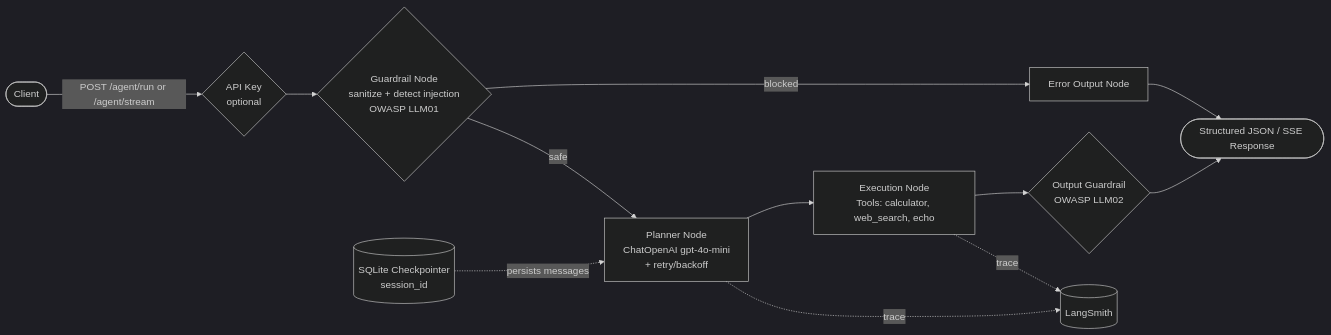
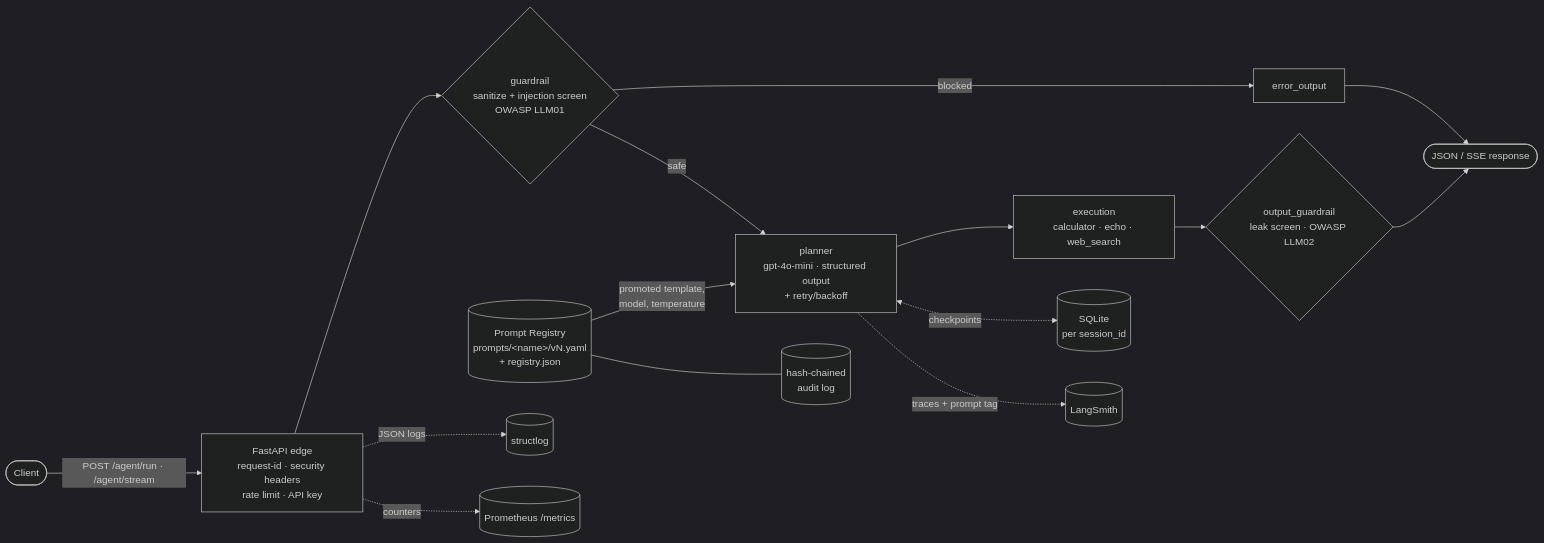
One commit to kanderson-ai-dev/agentic-api changed the diagram in README.md. Above: the diagram before and after it, drawn with Mermaid (dark theme). The commit also changed other lines of this file and 3 other files, not shown here.

Commit message:
docs: replace README hero with architecture diagram and document prompt registry

````diff
--- a/README.md
+++ b/README.md
@@ -100,15 +17,18 @@
 ```mermaid
 flowchart LR
-    Client([Client]) -->|POST /agent/run or /agent/stream| Auth{API Key<br/>optional}
-    Auth --> Guardrail{Guardrail Node<br/>sanitize + detect injection<br/>OWASP LLM01}
-    Guardrail -- blocked --> ErrorOutput[Error Output Node]
-    Guardrail -- safe --> Planner[Planner Node<br/>ChatOpenAI gpt-4o-mini<br/>+ retry/backoff]
-    Planner --> Execution[Execution Node<br/>Tools: calculator, web_search, echo]
-    Execution --> OutputGuardrail{Output Guardrail<br/>OWASP LLM02}
-    OutputGuardrail --> Response([Structured JSON / SSE Response])
-    ErrorOutput --> Response
+    Client([Client]) -->|"POST /agent/run · /agent/stream"| Edge[FastAPI edge<br/>request-id · security headers<br/>rate limit · API key]
+    Edge --> Guardrail{guardrail<br/>sanitize + injection screen<br/>OWASP LLM01}
+    Guardrail -->|blocked| ErrorOut[error_output]
+    Guardrail -->|safe| Planner[planner<br/>gpt-4o-mini · structured output<br/>+ retry/backoff]
+    Planner --> Execution[execution<br/>calculator · echo · web_search]
+    Execution --> OutGuard{output_guardrail<br/>leak screen · OWASP LLM02}
+    OutGuard --> Response([JSON / SSE response])
+    ErrorOut --> Response
 
-    Memory[(SQLite Checkpointer<br/>session_id)] -.persists messages.-> Planner
-    Planner -.trace.-> LangSmith[(LangSmith)]
-    Execution -.trace.-> LangSmith
+    Registry[("Prompt Registry<br/>prompts/&lt;name&gt;/vN.yaml<br/>+ registry.json")] -->|"promoted template,<br/>model, temperature"| Planner
+    Registry --- Audit[("hash-chained<br/>audit log")]
+    Planner <-.->|"checkpoints"| SQLite[("SQLite<br/>per session_id")]
+    Planner -.->|"traces + prompt tag"| LangSmith[("LangSmith")]
+    Edge -.->|"JSON logs"| Structlog[("structlog")]
+    Edge -.->|"counters"| Prom[("Prometheus /metrics")]
 ```
````
